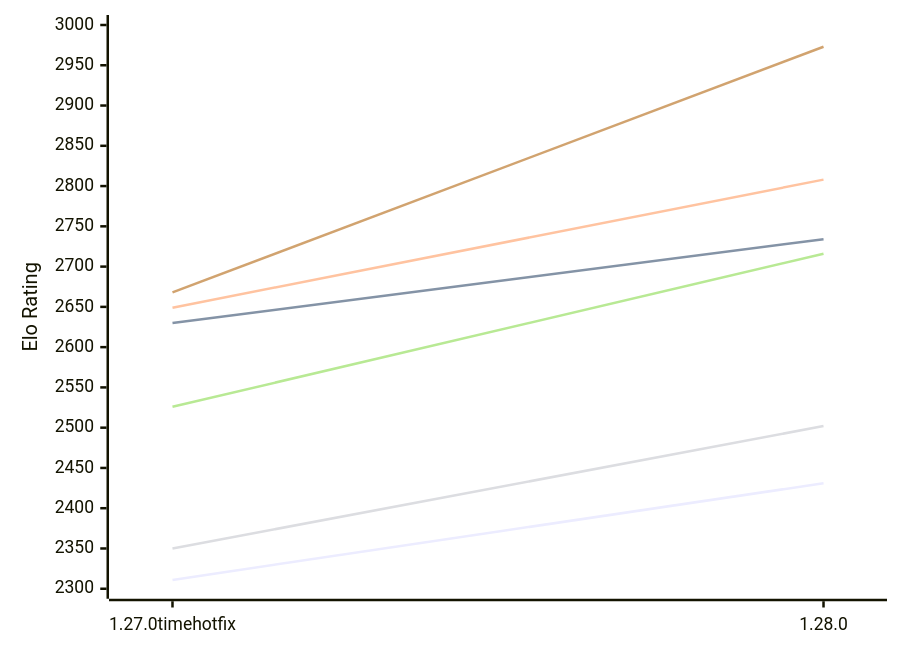
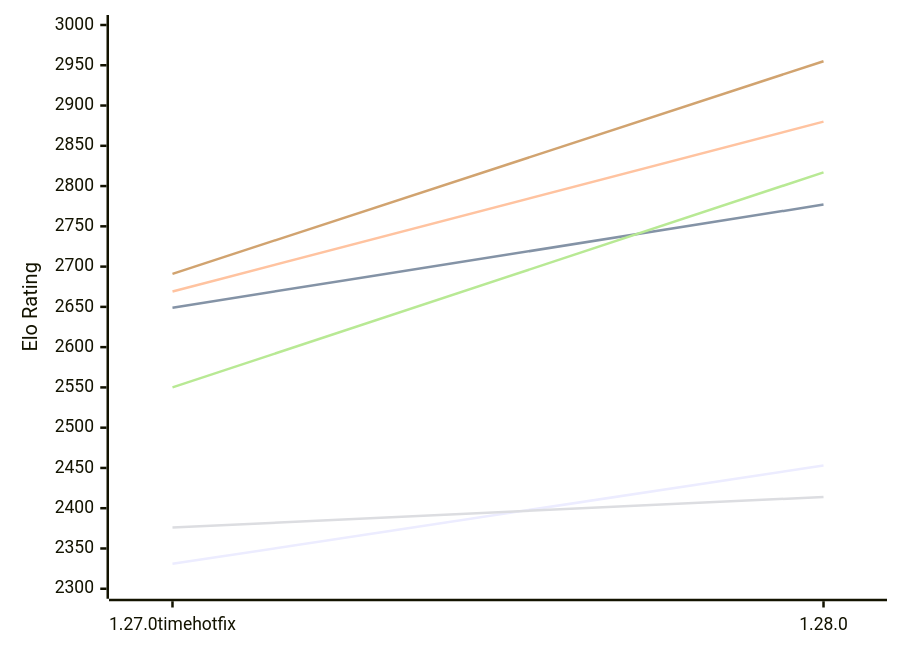
One commit to computer-chess-index/cci changed the first of 2 diagrams in engines/Aurora.md. Above: the diagram before and after it, drawn with Mermaid. The commit also changed other lines of this file, not shown here.

Commit message:
Update CCI Ratings (ELO VLTC) - 2026-10-20

````diff
--- a/engines/Aurora.md
+++ b/engines/Aurora.md
@@ -50,12 +50,12 @@
 ```mermaid
 %%{init: {"theme":"base","themeVariables":{"seriesColors:['#a3a3a3','#222221','#faa371']}}}%%
 xychart-beta
   x-axis ["1.27.0timehotfix", "1.28.0"]
   y-axis "Elo Rating" 2300 --> 3000
-  line "E1: STC (8.0+0.08s)" [2311, 2431]
-  line "E1: LTC (60.0+0.60s)" [2630, 2734]
-  line "E1: VLTC (2m24s+1.12s)" [2649, 2808]
-  line "P1: STC (8.0+0.08s)" [2350, 2502]
-  line "P1: LTC (60.0+0.60s)" [2526, 2716]
-  line "P1: VLTC (2m24s+1.12s)" [2668, 2973]
+  line "E1: STC (8.0+0.08s)" [2331, 2453]
+  line "E1: LTC (60.0+0.60s)" [2649, 2777]
+  line "E1: VLTC (2m24s+1.12s)" [2669, 2880]
+  line "P1: STC (8.0+0.08s)" [2376, 2414]
+  line "P1: LTC (60.0+0.60s)" [2550, 2817]
+  line "P1: VLTC (2m24s+1.12s)" [2691, 2955]
 ```
````
